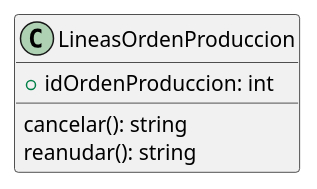
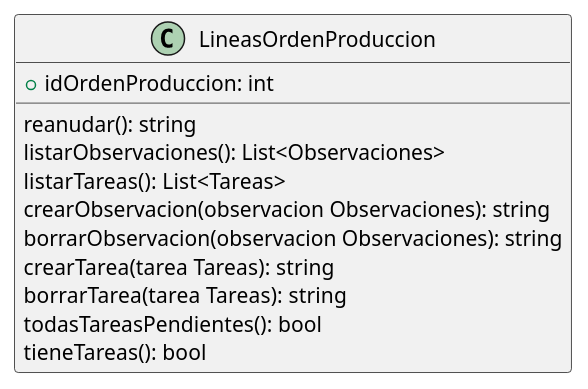
The diagram in DiagramaClases/Clases/LineasOrdenProduccion.puml (ZMGestion/DocumentacionZMGestion), drawn with PlantUML before and after one commit. The commit also changed 5 other files, not shown here.

```diff
--- a/DiagramaClases/Clases/LineasOrdenProduccion.puml
+++ b/DiagramaClases/Clases/LineasOrdenProduccion.puml
@@ -1,9 +1,16 @@
 @startuml LineasOrdenProduccion
 class LineasOrdenProduccion{
     +idOrdenProduccion: int
 
-    cancelar(): string
     reanudar(): string
+    listarObservaciones(): List<Observaciones>
+    listarTareas(): List<Tareas>
+    crearObservacion(observacion Observaciones): string
+    borrarObservacion(observacion Observaciones): string
+    crearTarea(tarea Tareas): string
+    borrarTarea(tarea Tareas): string
+    todasTareasPendientes(): bool
+    tieneTareas(): bool
 
 }
 @enduml
```
